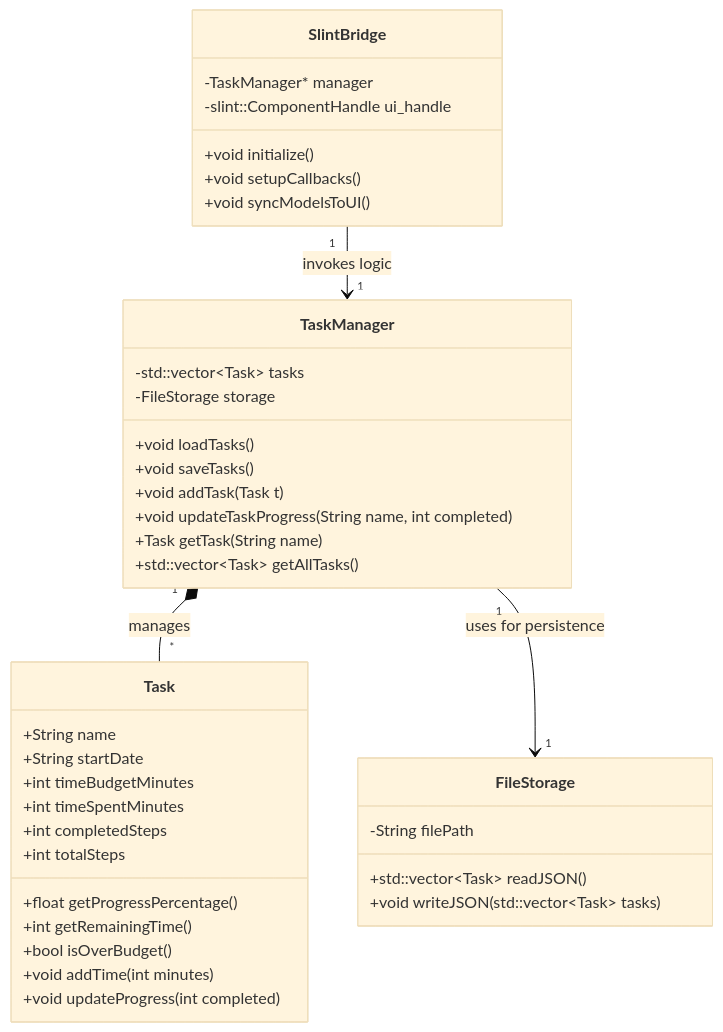
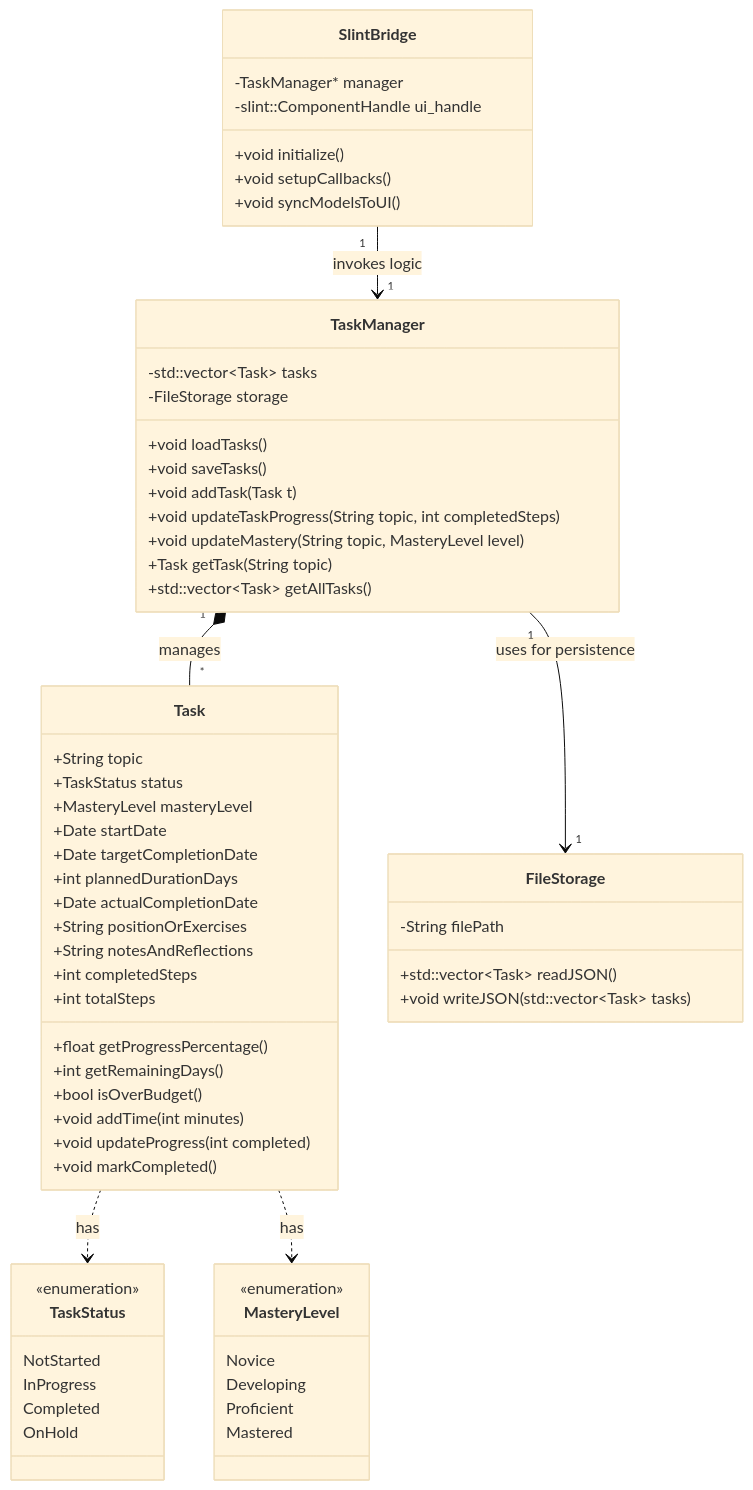
The diagram in uml_.mermaid (AnasElii/No-MathTracker), drawn with Mermaid (base theme) before and after one commit. The commit also changed 7 other files, not shown here.

Commit message:
Add initial implementation of task management classes and UML diagram

```diff
--- a/uml_.mermaid
+++ b/uml_.mermaid
@@ -1,48 +1,74 @@
 classDiagram
+    %% Enums for Type Safety (Highly recommended in C++/Rust)
+    class TaskStatus {
+        <<enumeration>>
+        NotStarted
+        InProgress
+        Completed
+        OnHold
+    }
+
+    class MasteryLevel {
+        <<enumeration>>
+        Novice
+        Developing
+        Proficient
+        Mastered
+    }
+
     %% Core Data Model
     class Task {
-        +String name
-        +String startDate
-        +int timeBudgetMinutes
-        +int timeSpentMinutes
+        +String topic
+        +TaskStatus status
+        +MasteryLevel masteryLevel
+        +Date startDate
+        +Date targetCompletionDate
+        +int plannedDurationDays
+        +Date actualCompletionDate
+        +String positionOrExercises
+        +String notesAndReflections
         +int completedSteps
         +int totalSteps
         +float getProgressPercentage()
-        +int getRemainingTime()
+        +int getRemainingDays()
         +bool isOverBudget()
         +void addTime(int minutes)
         +void updateProgress(int completed)
+        +void markCompleted()
     }
 
     %% Business Logic / Controller
     class TaskManager {
         -std::vector~Task~ tasks
         -FileStorage storage
         +void loadTasks()
         +void saveTasks()
         +void addTask(Task t)
-        +void updateTaskProgress(String name, int completed)
-        +Task getTask(String name)
+        +void updateTaskProgress(String topic, int completedSteps)
+        +void updateMastery(String topic, MasteryLevel level)
+        +Task getTask(String topic)
         +std::vector~Task~ getAllTasks()
     }
 
     %% Persistence Layer
     class FileStorage {
         -String filePath
         +std::vector~Task~ readJSON()
         +void writeJSON(std::vector~Task~ tasks)
     }
 
     %% Slint GUI Integration Layer
     class SlintBridge {
         -TaskManager* manager
         -slint::ComponentHandle ui_handle
         +void initialize()
         +void setupCallbacks()
         +void syncModelsToUI()
     }
 
     %% Relationships
     TaskManager "1" *-- "*" Task : manages
     TaskManager "1" --> "1" FileStorage : uses for persistence
     SlintBridge "1" --> "1" TaskManager : invokes logic
+    Task ..> TaskStatus : has
+    Task ..> MasteryLevel : has
```
